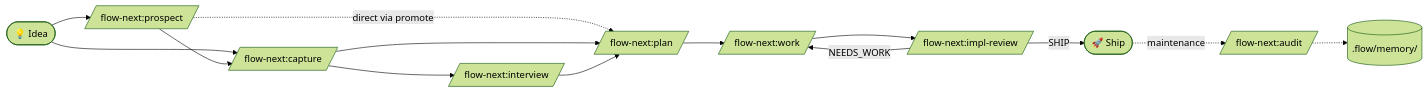
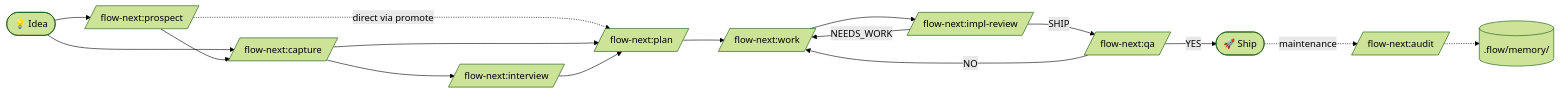
One commit to gmickel/flow-next changed the diagram in README.md. Above: the diagram before and after it, drawn with Mermaid (forest theme). The commit also changed other lines of this file and 42 other files, not shown here.

First line of the commit message:
feat(qa): /flow-next:qa — live-app real-user QA pass derived from the spec (fn-53) (#161)

````diff
--- a/README.md
+++ b/README.md
@@ -98,17 +98,19 @@
 ```mermaid
 flowchart LR
     Idea([💡 Idea]) --> P[/flow-next:prospect/]
     Idea --> C[/flow-next:capture/]
     P --> C
     P -.->|direct via promote| L[/flow-next:plan/]
     C --> L
     C --> I[/flow-next:interview/]
     I --> L
     L --> W[/flow-next:work/]
     W --> R[/flow-next:impl-review/]
-    R -->|SHIP| Done([🚀 Ship])
+    R -->|SHIP| Q[/flow-next:qa/]
     R -->|NEEDS_WORK| W
+    Q -->|YES| Done([🚀 Ship])
+    Q -->|NO| W
 
     Done -.maintenance.-> A[/flow-next:audit/]
     A -.-> M[(.flow/memory/)]
 ```
````
